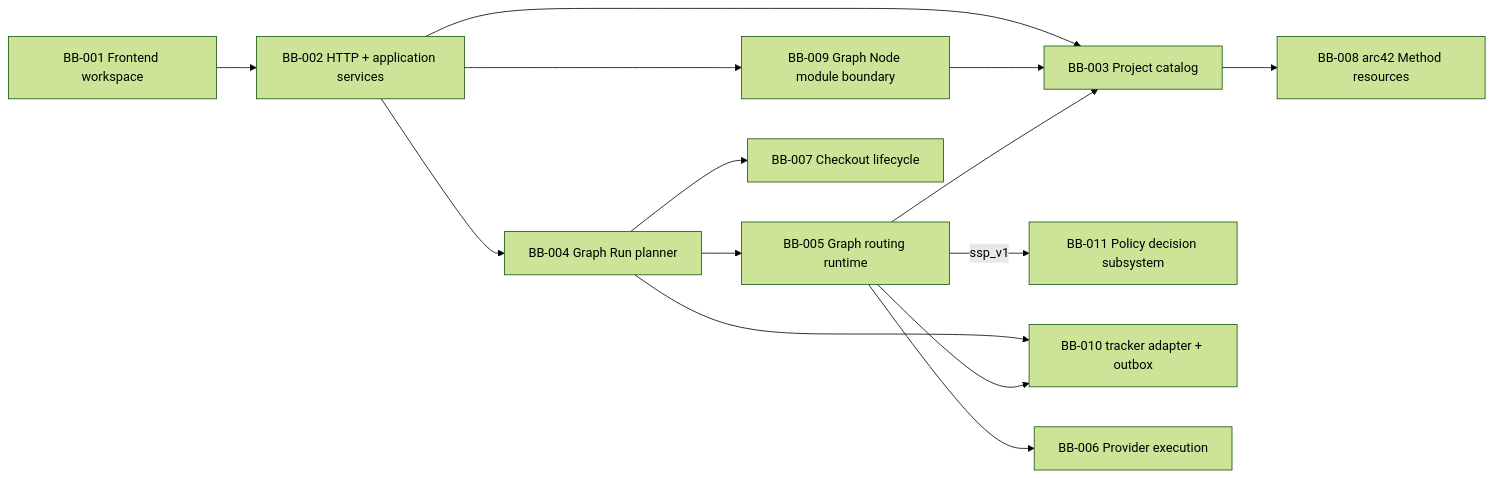
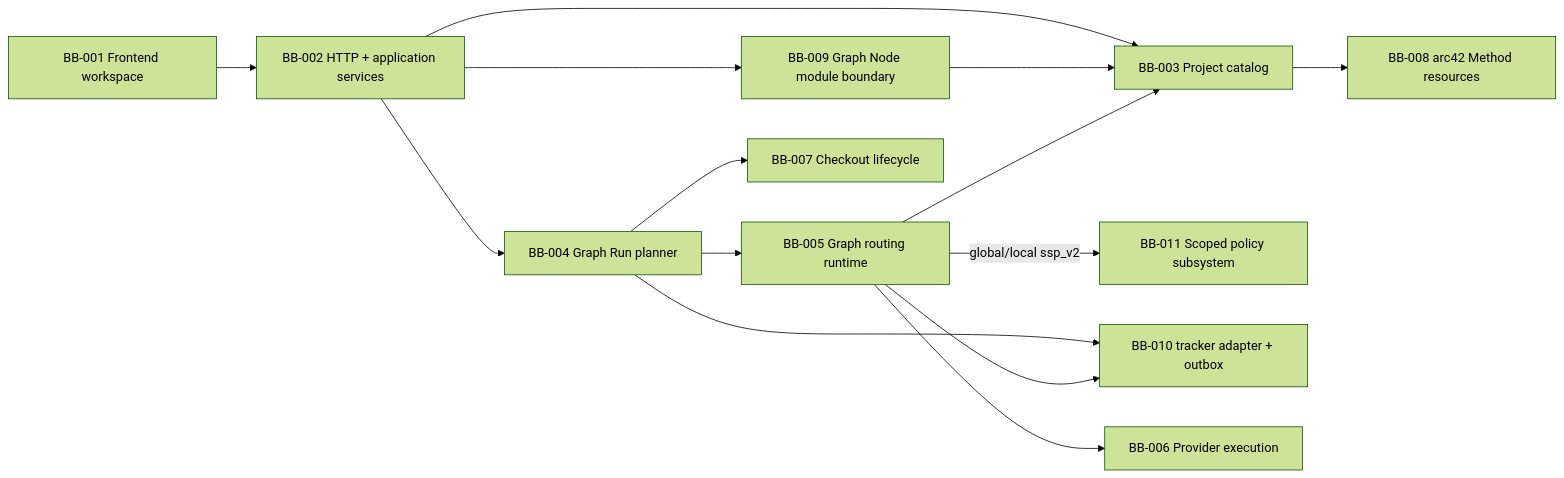
One commit to isinisalo/ballet changed the diagram in .ballet/arc42/05-building-block-view.md. Above: the diagram before and after it, drawn with Mermaid (forest theme). The commit also changed other lines of this file and 138 other files, not shown here.

````diff
--- a/.ballet/arc42/05-building-block-view.md
+++ b/.ballet/arc42/05-building-block-view.md
@@ -26,16 +26,16 @@
 ```mermaid
 flowchart LR
   ui["BB-001 Frontend workspace"] --> api["BB-002 HTTP + application services"]
   api --> catalog["BB-003 Project catalog"]
   api --> planner["BB-004 Graph Run planner"]
   api --> modules["BB-009 Graph Node module boundary"]
   planner --> runtime["BB-005 Graph routing runtime"]
-  runtime -->|"ssp_v1"| policy["BB-011 Policy decision subsystem"]
+  runtime -->|"global/local ssp_v2"| policy["BB-011 Scoped policy subsystem"]
   planner --> tracker["BB-010 tracker adapter + outbox"]
   runtime --> tracker
   runtime --> execution["BB-006 Provider execution"]
   planner --> lifecycle["BB-007 Checkout lifecycle"]
   catalog --> method["BB-008 arc42 Method resources"]
   modules --> catalog
   runtime --> catalog
 ```
````
